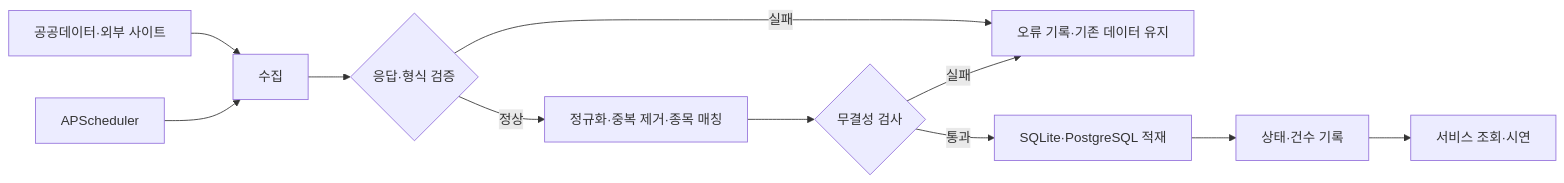
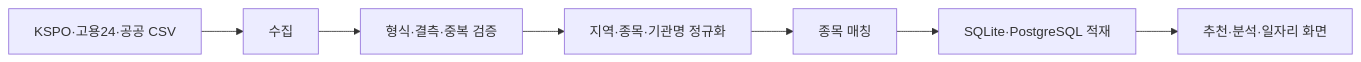
Before and after one commit to Leesannn/SportsCompass: the seventh of 7 diagrams in README.md, drawn with Mermaid. The commit also changed other lines of this file, not shown here.

```diff
--- a/README.md
+++ b/README.md
@@ -277,13 +598,9 @@
 ~~~mermaid
 flowchart LR
-    A[공공데이터·외부 사이트] --> B[수집]
-    B --> C{응답·형식 검증}
-    C -->|정상| D[정규화·중복 제거·종목 매칭]
-    C -->|실패| H[오류 기록·기존 데이터 유지]
-    D --> E{무결성 검사}
-    E -->|통과| F[SQLite·PostgreSQL 적재]
-    E -->|실패| H
-    F --> G[상태·건수 기록]
-    G --> I[서비스 조회·시연]
-    J[APScheduler] --> B
+    A[KSPO·고용24·공공 CSV] --> B[수집]
+    B --> C[형식·결측·중복 검증]
+    C --> D[지역·종목·기관명 정규화]
+    D --> E[종목 매칭]
+    E --> F[SQLite·PostgreSQL 적재]
+    F --> G[추천·분석·일자리 화면]
 ~~~
```
